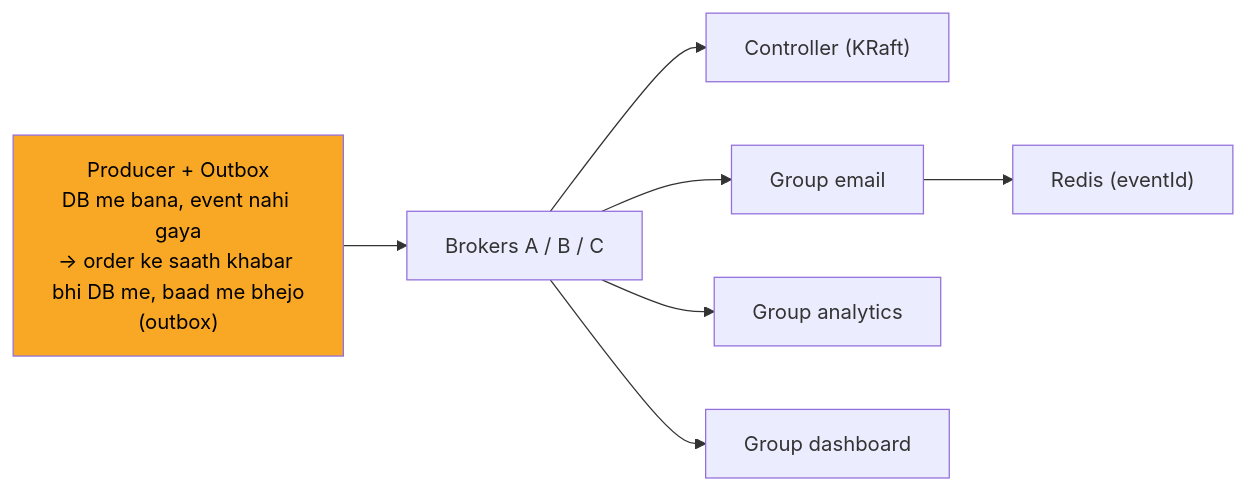
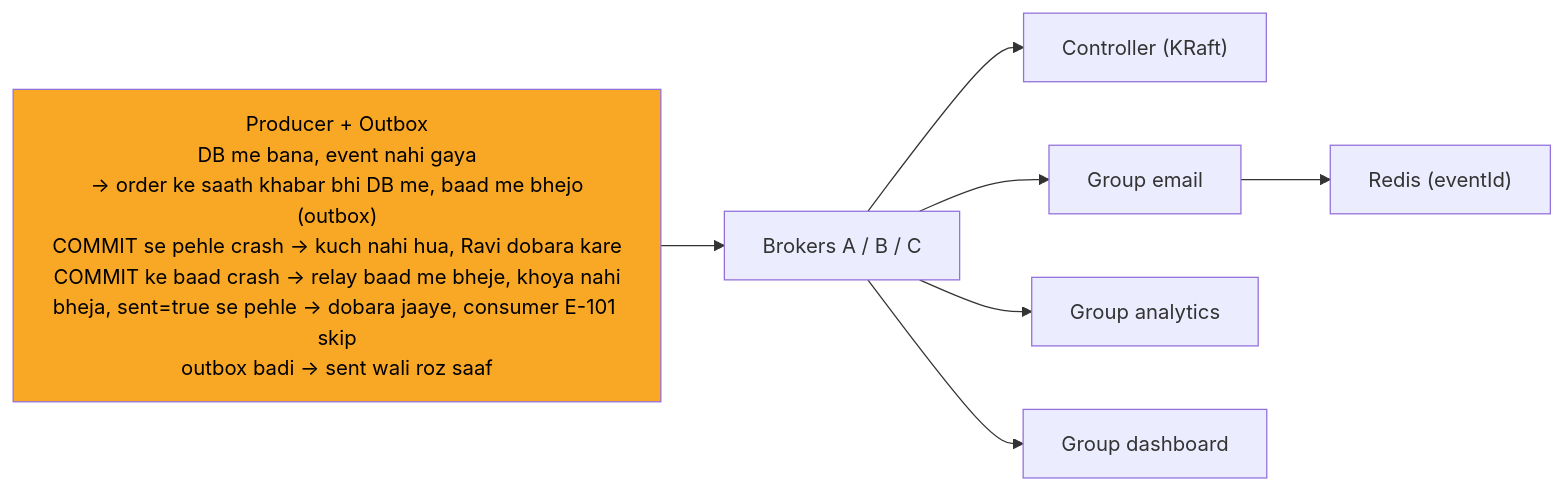
The ninth of 12 diagrams in 04_HLD/SYSTEM_DESIGNS/12_message_queue_kafka/12_message_queue_kafka.md (ArpanMaheshwari144/Prep), drawn with Mermaid before and after one commit. The commit also changed other lines of this file and 12 other files, not shown here.

Commit message:
hld 02-14: peele dabbe me SAFAR ke mod + diagram chauda (wrappingWidth 450)

````diff
--- a/04_HLD/SYSTEM_DESIGNS/12_message_queue_kafka/12_message_queue_kafka.md
+++ b/04_HLD/SYSTEM_DESIGNS/12_message_queue_kafka/12_message_queue_kafka.md
@@ -313,17 +321,18 @@
 ```mermaid
+%%{init: {"flowchart": {"wrappingWidth": 450}}}%%
 flowchart LR
-    n_P["Producer + Outbox<br/>DB me bana, event nahi gaya<br/>-> order ke saath khabar bhi DB me, baad me bhejo<br/>(outbox)"]
+    n_P["Producer + Outbox<br/>DB me bana, event nahi gaya<br/>-> order ke saath khabar bhi DB me, baad me bhejo<br/>(outbox)<br/>COMMIT se pehle crash -> kuch nahi hua, Ravi dobara kare<br/>COMMIT ke baad crash -> relay baad me bheje, khoya nahi<br/>bheja, sent=true se pehle -> dobara jaaye, consumer E-101 skip<br/>outbox badi -> sent wali roz saaf"]
     n_B["Brokers A / B / C"]
     n_K["Controller (KRaft)"]
     n_GE["Group email"]
     n_R["Redis (eventId)"]
     n_GA["Group analytics"]
     n_GD["Group dashboard"]
     n_P --> n_B
     n_B --> n_K
     n_B --> n_GE
     n_B --> n_GA
     n_B --> n_GD
     n_GE --> n_R
     style n_P fill:#f9a825,color:#000
 ```
````
